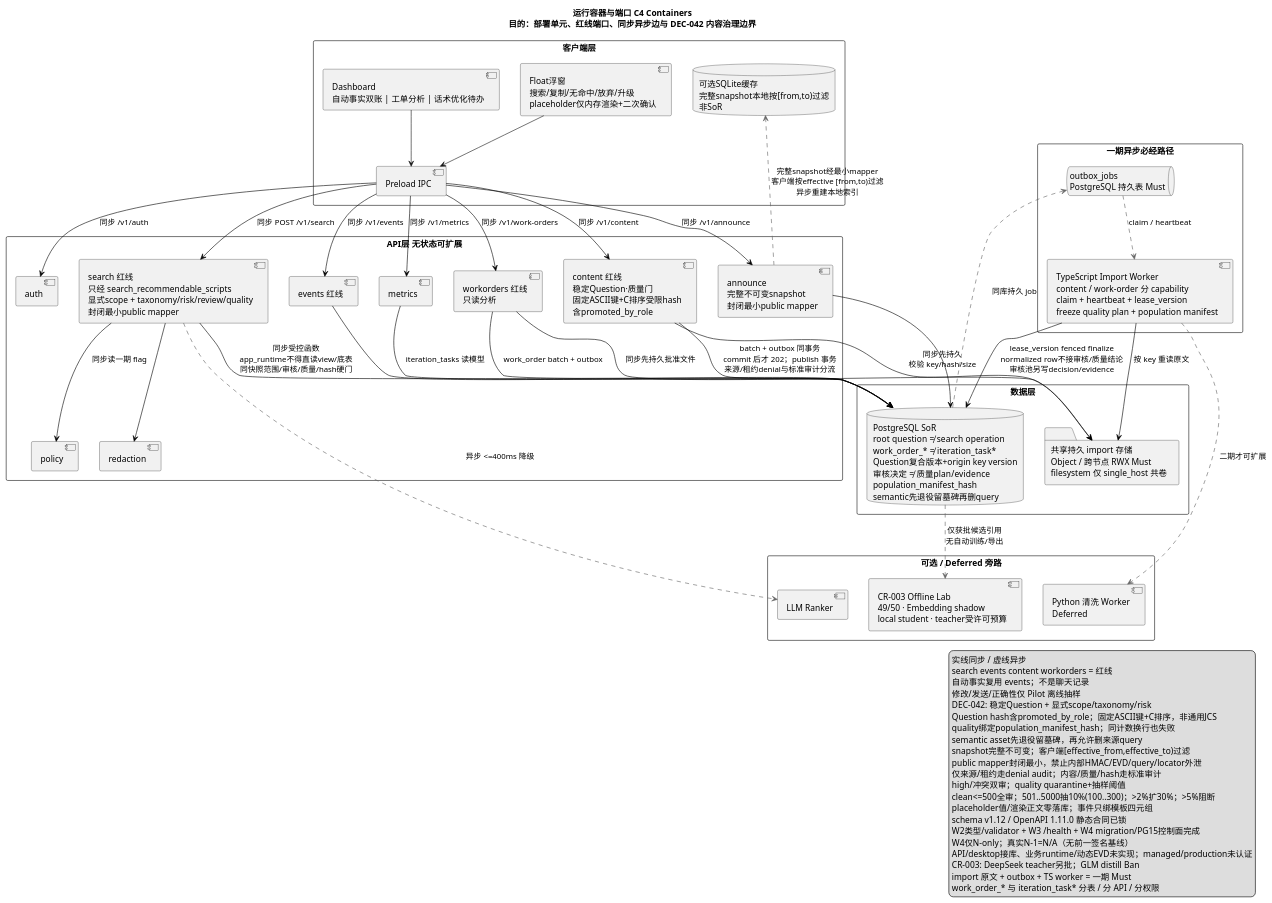
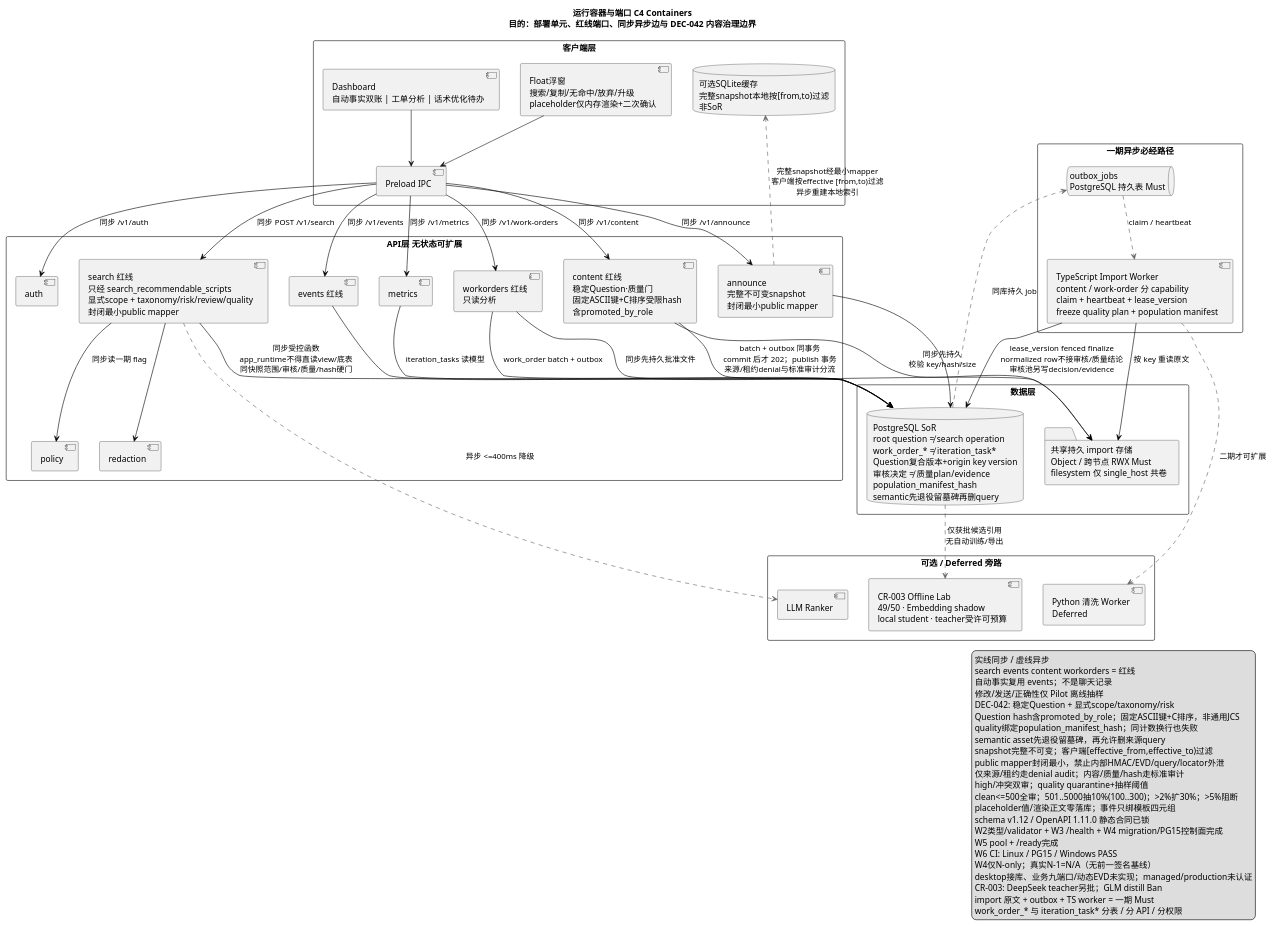
The diagram in business-docs/01-客服Agent项目/20-设计-进行中/diagrams/02-运行容器与端口.puml (weiweity/tianyuan-ai-brief), drawn with PlantUML before and after one commit. The commit also changed 35 other files, not shown here.

```diff
--- a/business-docs/01-客服Agent项目/20-设计-进行中/diagrams/02-运行容器与端口.puml
+++ b/business-docs/01-客服Agent项目/20-设计-进行中/diagrams/02-运行容器与端口.puml
@@ -1,93 +1,95 @@
 @startuml
 skinparam shadowing false
 title 运行容器与端口 C4 Containers\n目的：部署单元、红线端口、同步异步边与 DEC-042 内容治理边界
 
 rectangle "客户端层" {
   [Float浮窗\n搜索/复制/无命中/放弃/升级\nplaceholder仅内存渲染+二次确认] as Float
   [Dashboard\n自动事实双账 | 工单分析 | 话术优化待办] as Dash
   [Preload IPC] as IPC
   database "可选SQLite缓存\n完整snapshot本地按[from,to)过滤\n非SoR" as Cache
 }
 
 rectangle "API层 无状态可扩展" {
   [auth] as Auth
   [search 红线\n只经 search_recommendable_scripts\n显式scope + taxonomy/risk/review/quality\n封闭最小public mapper] as Search
   [events 红线] as Events
   [metrics] as Metrics
   [workorders 红线\n只读分析] as WorkOrders
   [content 红线\n稳定Question·质量门\n固定ASCII键+C排序受限hash\n含promoted_by_role] as Content
   [announce\n完整不可变snapshot\n封闭最小public mapper] as Announce
   [policy] as Policy
   [redaction] as Redact
 }
 
 rectangle "数据层" {
   database "PostgreSQL SoR\nroot question ≠ search operation\nwork_order_* ≠ iteration_task*\nQuestion复合版本+origin key version\n审核决定 ≠ 质量plan/evidence\npopulation_manifest_hash\nsemantic先退役留墓碑再删query" as PG
   folder "共享持久 import 存储\nObject / 跨节点 RWX Must\nfilesystem 仅 single_host 共卷" as OBJ
 }
 
 rectangle "一期异步必经路径" {
   queue "outbox_jobs\nPostgreSQL 持久表 Must" as Outbox
     [TypeScript Import Worker\ncontent / work-order 分 capability\nclaim + heartbeat + lease_version\nfreeze quality plan + population manifest] as ImportWorker
 }
 
 rectangle "可选 / Deferred 旁路" {
   [LLM Ranker] as LLM
   [Python 清洗 Worker\nDeferred] as CleanWorker
   [CR-003 Offline Lab\n49/50 · Embedding shadow\nlocal student · teacher受许可预算] as OfflineLab
 }
 
 Float --> IPC
 Dash --> IPC
 IPC -[#000000]-> Auth : 同步 /v1/auth
 IPC -[#000000]-> Search : 同步 POST /v1/search
 IPC -[#000000]-> Events : 同步 /v1/events
 IPC -[#000000]-> Metrics : 同步 /v1/metrics
 IPC -[#000000]-> WorkOrders : 同步 /v1/work-orders
 IPC -[#000000]-> Content : 同步 /v1/content
 IPC -[#000000]-> Announce : 同步 /v1/announce
 
 Search -[#000000]-> Redact
 Search -[#000000]-> Policy : 同步读一期 flag
 Search -[#000000]-> PG : 同步受控函数\napp_runtime不得直读view/底表\n同快照范围/审核/质量/hash硬门
 Events -[#000000]-> PG
 Metrics -[#000000]-> PG : iteration_tasks 读模型
 WorkOrders -[#000000]-> OBJ : 同步先持久批准文件
 WorkOrders -[#000000]-> PG : work_order batch + outbox
 Content -[#000000]-> OBJ : 同步先持久\n校验 key/hash/size
 Content -[#000000]-> PG : batch + outbox 同事务\ncommit 后才 202；publish 事务\n来源/租约denial与标准审计分流
 Announce -[#000000]-> PG
 
 Search -[#666666,dashed]-> LLM : 异步 <=400ms 降级
 PG -[#666666,dashed]-> Outbox : 同库持久 job
 Outbox -[#666666,dashed]-> ImportWorker : claim / heartbeat
 ImportWorker -[#000000]-> OBJ : 按 key 重读原文
 ImportWorker -[#000000]-> PG : lease_version fenced finalize\nnormalized row不接审核/质量结论\n审核池另写decision/evidence
 ImportWorker -[#666666,dashed]-> CleanWorker : 二期才可扩展
 Announce -[#666666,dashed]-> Cache : 完整snapshot经最小mapper\n客户端按effective [from,to)过滤\n异步重建本地索引
 PG -[#666666,dashed]-> OfflineLab : 仅获批候选引用\n无自动训练/导出
 
 legend right
   实线同步 / 虚线异步
   search events content workorders = 红线
   自动事实复用 events；不是聊天记录
   修改/发送/正确性仅 Pilot 离线抽样
   DEC-042: 稳定Question + 显式scope/taxonomy/risk
   Question hash含promoted_by_role；固定ASCII键+C排序，非通用JCS
   quality绑定population_manifest_hash；同计数换行也失败
   semantic asset先退役留墓碑，再允许删来源query
   snapshot完整不可变；客户端[effective_from,effective_to)过滤
   public mapper封闭最小，禁止内部HMAC/EVD/query/locator外泄
   仅来源/租约走denial audit；内容/质量/hash走标准审计
   high/冲突双审；quality quarantine+抽样阈值
   clean<=500全审；501..5000抽10%(100..300)；>2%扩30%；>5%阻断
   placeholder值/渲染正文零落库；事件只绑模板四元组
   schema v1.12 / OpenAPI 1.11.0 静态合同已锁
   W2类型/validator + W3 /health + W4 migration/PG15控制面完成
+  W5 pool + /ready完成
+  W6 CI: Linux / PG15 / Windows PASS
   W4仅N-only；真实N-1=N/A（无前一签名基线）
-  API/desktop接库、业务runtime/动态EVD未实现；managed/production未认证
+  desktop接库、业务九端口/动态EVD未实现；managed/production未认证
   CR-003: DeepSeek teacher另批；GLM distill Ban
   import 原文 + outbox + TS worker = 一期 Must
   work_order_* 与 iteration_task* 分表 / 分 API / 分权限
 endlegend
 @enduml
```
